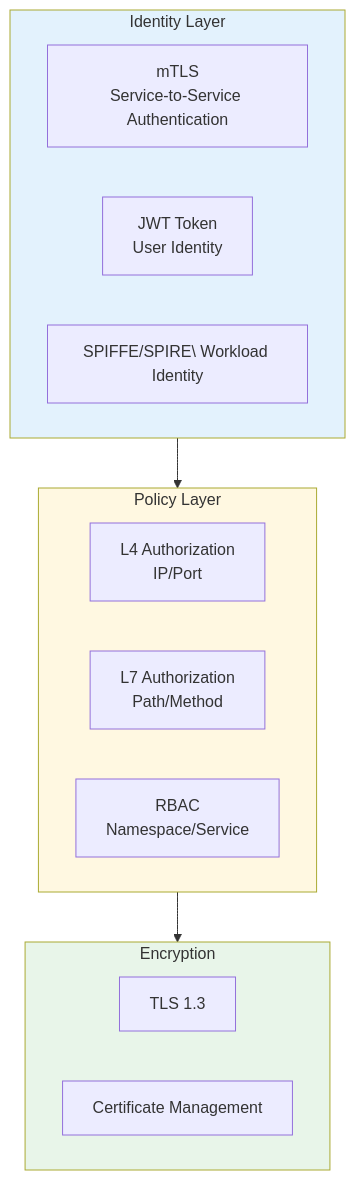
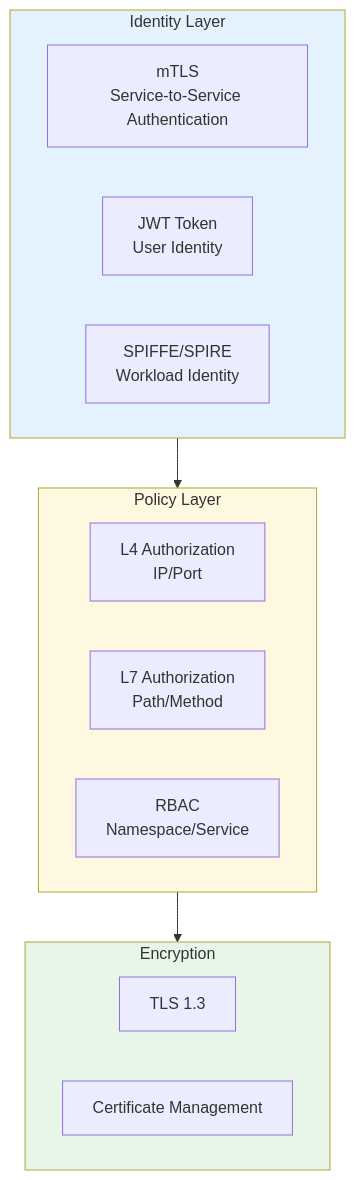
Before and after one commit to teaglebuilt/knowledge-tree: the fifth of 8 diagrams in tree/application/architecture/microservice-governance-architecture.md, drawn with Mermaid. The commit also changed other lines of this file and 7 other files, not shown here.

````diff
--- a/tree/application/architecture/microservice-governance-architecture.md
+++ b/tree/application/architecture/microservice-governance-architecture.md
@@ -438,25 +373,25 @@
 ```mermaid
 flowchart TB
     subgraph Identity["Identity Layer"]
-        MTLS["mTLS<br>Service-to-Service Authentication"]
-        JWT_AUTH["JWT Token <br>User Identity"]
-        SPIFFE["SPIFFE/SPIRE\ Workload Identity"]
+        MTLS["mTLS<br/>Service-to-Service Authentication"]
+        JWT_AUTH["JWT Token <br/>User Identity"]
+        SPIFFE["SPIFFE/SPIRE<br/>Workload Identity"]
     end
 
     subgraph Policy["Policy Layer"]
-        AUTHZ["L4 Authorization<br>IP/Port"]
-        AUTHZ_L7["L7 Authorization<br>Path/Method"]
-        RABC_MESH["RBAC<br>Namespace/Service"]
+        AUTHZ["L4 Authorization<br/>IP/Port"]
+        AUTHZ_L7["L7 Authorization<br/>Path/Method"]
+        RABC_MESH["RBAC<br/>Namespace/Service"]
     end
 
     subgraph Encryption["Encryption"]
         TLS["TLS 1.3"]
         CERT_MGMT["Certificate Management"]
     end
 
     Identity --> Policy --> Encryption
 
     style Identity fill:#e3f2fd
     style Policy fill:#fff8e1
     style Encryption fill:#e8f5e9
 ```
````
